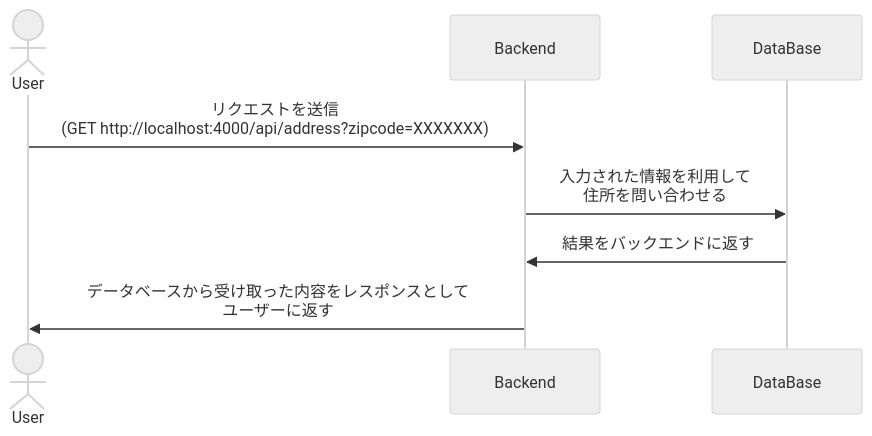
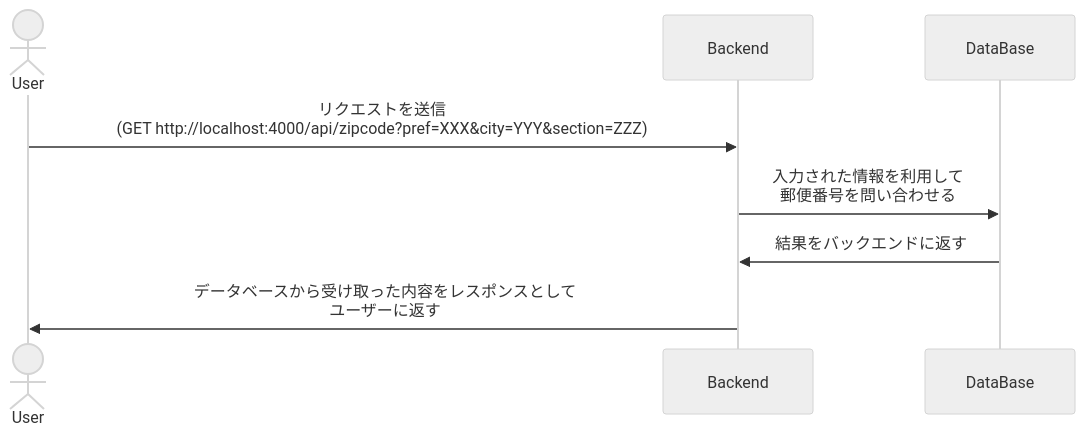
The second of 3 diagrams in qst-0202/qst-0202-b.md (naruto1231/system-challenges), drawn with Mermaid (neutral theme) before and after one commit. The commit also changed other lines of this file and 3 other files, not shown here.

````diff
--- a/qst-0202/qst-0202-b.md
+++ b/qst-0202/qst-0202-b.md
@@ -95,11 +85,11 @@
 ```Mermaid
 sequenceDiagram
     actor User
     participant Backend
     participant DataBase
 
-    User ->> Backend: リクエストを送信<br>(GET http://localhost:4000/api/address?zipcode=XXXXXXX)
-    Backend ->> DataBase: 入力された情報を利用して<br>住所を問い合わせる
+    User ->> Backend: リクエストを送信<br>(GET http://localhost:4000/api/zipcode?pref=XXX#amp;city=YYY#amp;section=ZZZ)
+    Backend ->> DataBase: 入力された情報を利用して<br>郵便番号を問い合わせる
     DataBase ->> Backend: 結果をバックエンドに返す
     Backend ->> User: データベースから受け取った内容をレスポンスとして<br>ユーザーに返す
 ```
````
